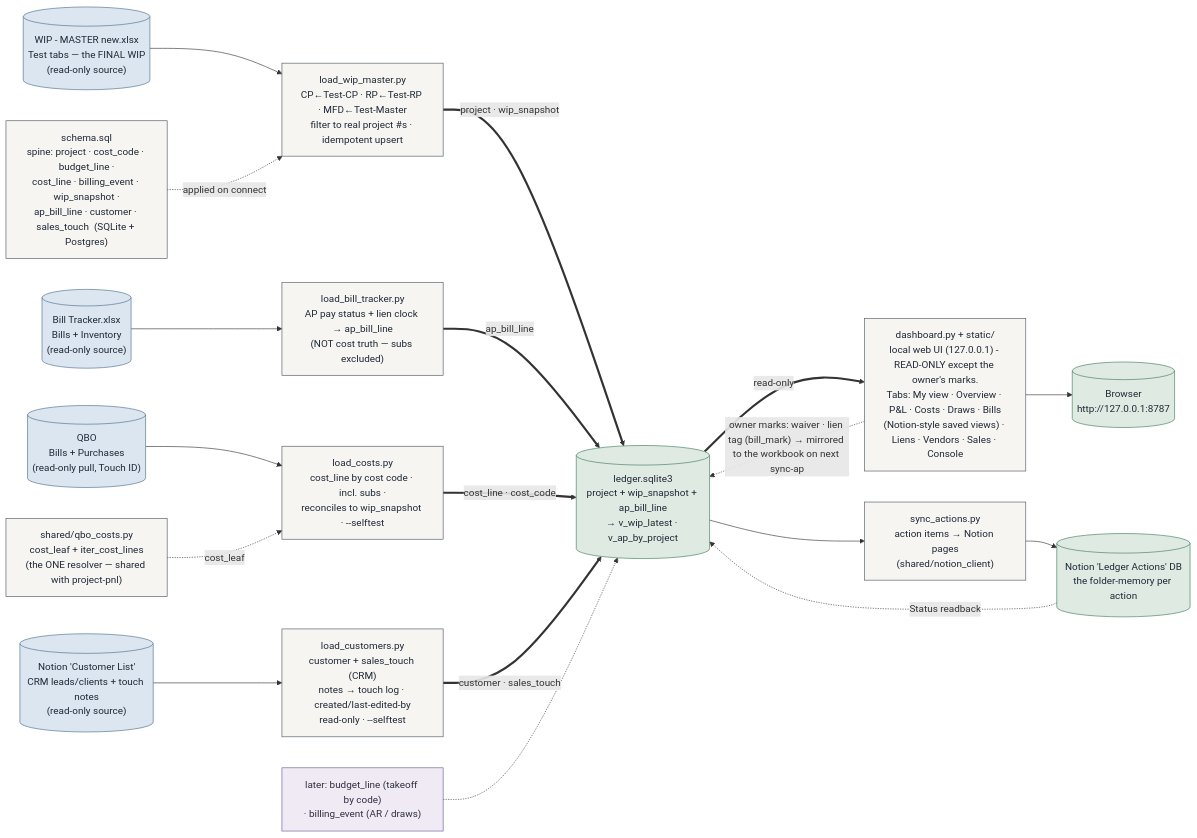
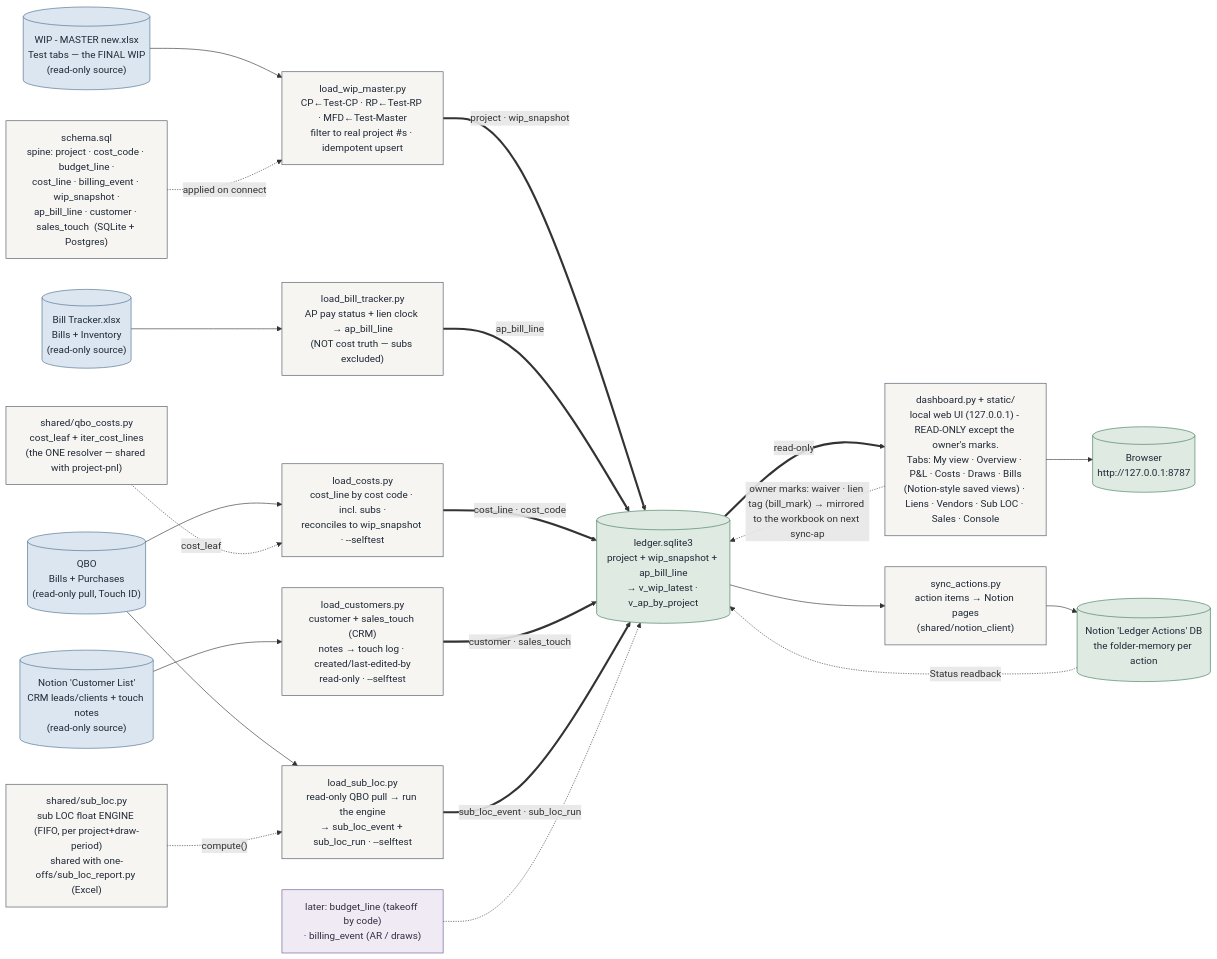
One commit to Ecarlo-Proficient/Claude-Report changed the fourth of 6 diagrams in docs/ARCHITECTURE.md. Above: the diagram before and after it, drawn with Mermaid. The commit also changed other lines of this file and 9 other files, not shown here.

First line of the commit message:
ledger: Sub LOC tracker - live tab for subcontractor float we've fronted

````diff
--- a/docs/ARCHITECTURE.md
+++ b/docs/ARCHITECTURE.md
@@ -314,39 +314,44 @@
 ```mermaid
 flowchart LR
     classDef src fill:#dbe6f0,stroke:#4A6B8A,color:#1f2937
     classDef tool fill:#f6f5f1,stroke:#4b5563,color:#1f2937
     classDef out fill:#dfeae2,stroke:#3E7A5C,color:#1f2937
     classDef future fill:#efeaf3,stroke:#6b5b95,color:#312e40
 
     TEST[("WIP - MASTER new.xlsx\nTest tabs — the FINAL WIP\n(read-only source)")]:::src
     BT[("Bill Tracker.xlsx\nBills + Inventory\n(read-only source)")]:::src
     SCHEMA["schema.sql\nspine: project · cost_code · budget_line ·\ncost_line · billing_event · wip_snapshot ·\nap_bill_line · customer · sales_touch  (SQLite + Postgres)"]:::tool
     LOADER["load_wip_master.py\nCP←Test-CP · RP←Test-RP · MFD←Test-Master\nfilter to real project #s · idempotent upsert"]:::tool
     APLOAD["load_bill_tracker.py\nAP pay status + lien clock → ap_bill_line\n(NOT cost truth — subs excluded)"]:::tool
     DB[("ledger.sqlite3\nproject + wip_snapshot + ap_bill_line\n→ v_wip_latest · v_ap_by_project")]:::out
-    DASH["dashboard.py + static/\nlocal web UI (127.0.0.1) - READ-ONLY except the owner's marks.\nTabs: My view · Overview · P&L · Costs · Draws · Bills\n(Notion-style saved views) · Liens · Vendors · Sales · Console"]:::tool
+    DASH["dashboard.py + static/\nlocal web UI (127.0.0.1) - READ-ONLY except the owner's marks.\nTabs: My view · Overview · P&L · Costs · Draws · Bills\n(Notion-style saved views) · Liens · Vendors · Sub LOC · Sales · Console"]:::tool
     BROWSER[("Browser\nhttp://127.0.0.1:8787")]:::out
     QBO[("QBO\nBills + Purchases\n(read-only pull, Touch ID)")]:::src
     QCOSTS["shared/qbo_costs.py\ncost_leaf + iter_cost_lines\n(the ONE resolver — shared with project-pnl)"]:::tool
     COSTLOAD["load_costs.py\ncost_line by cost code · incl. subs ·\nreconciles to wip_snapshot · --selftest"]:::tool
     FUTURE["later: budget_line (takeoff by code)\n· billing_event (AR / draws)"]:::future
 
     TEST --> LOADER
     BT --> APLOAD
     QBO --> COSTLOAD
     QCOSTS -.->|"cost_leaf"| COSTLOAD
     SCHEMA -.->|"applied on connect"| LOADER
     LOADER ==>|"project · wip_snapshot"| DB
     APLOAD ==>|"ap_bill_line"| DB
     COSTLOAD ==>|"cost_line · cost_code"| DB
     DB ==>|"read-only"| DASH --> BROWSER
     DASH -.->|"owner marks: waiver · lien tag (bill_mark) → mirrored to the workbook on next sync-ap"| DB
     SYNCACT["sync_actions.py\naction items → Notion pages\n(shared/notion_client)"]:::tool
     NOTION[("Notion 'Ledger Actions' DB\nthe folder-memory per action")]:::out
     DB --> SYNCACT --> NOTION
     NOTION -.->|"Status readback"| DB
     NCL[("Notion 'Customer List'\nCRM leads/clients + touch notes\n(read-only source)")]:::src
     CUSTLOAD["load_customers.py\ncustomer + sales_touch (CRM)\nnotes → touch log · created/last-edited-by\nread-only · --selftest"]:::tool
     NCL --> CUSTLOAD ==>|"customer · sales_touch"| DB
+    SUBLOCENG["shared/sub_loc.py\nsub LOC float ENGINE (FIFO, per project+draw-period)\nshared with one-offs/sub_loc_report.py (Excel)"]:::tool
+    SUBLOCLOAD["load_sub_loc.py\nread-only QBO pull → run the engine\n→ sub_loc_event + sub_loc_run · --selftest"]:::tool
+    QBO --> SUBLOCLOAD
+    SUBLOCENG -.->|"compute()"| SUBLOCLOAD
+    SUBLOCLOAD ==>|"sub_loc_event · sub_loc_run"| DB
     FUTURE -.-> DB
 ```
````
